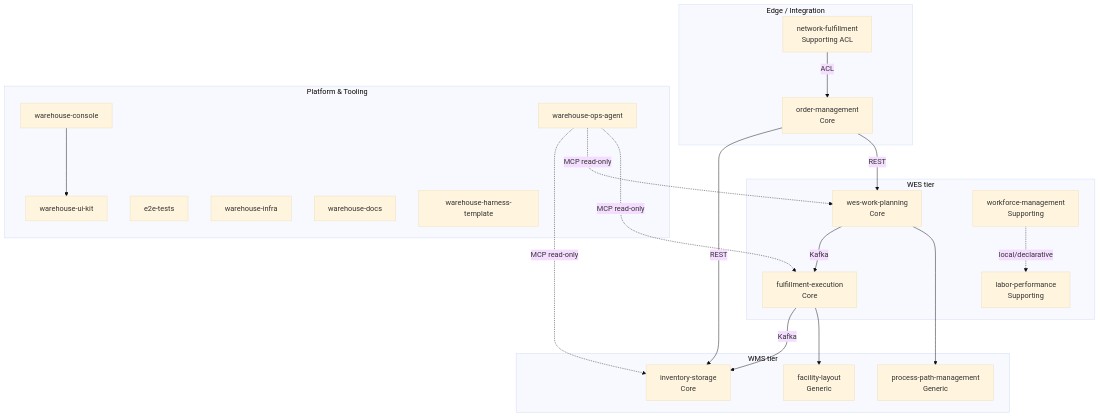
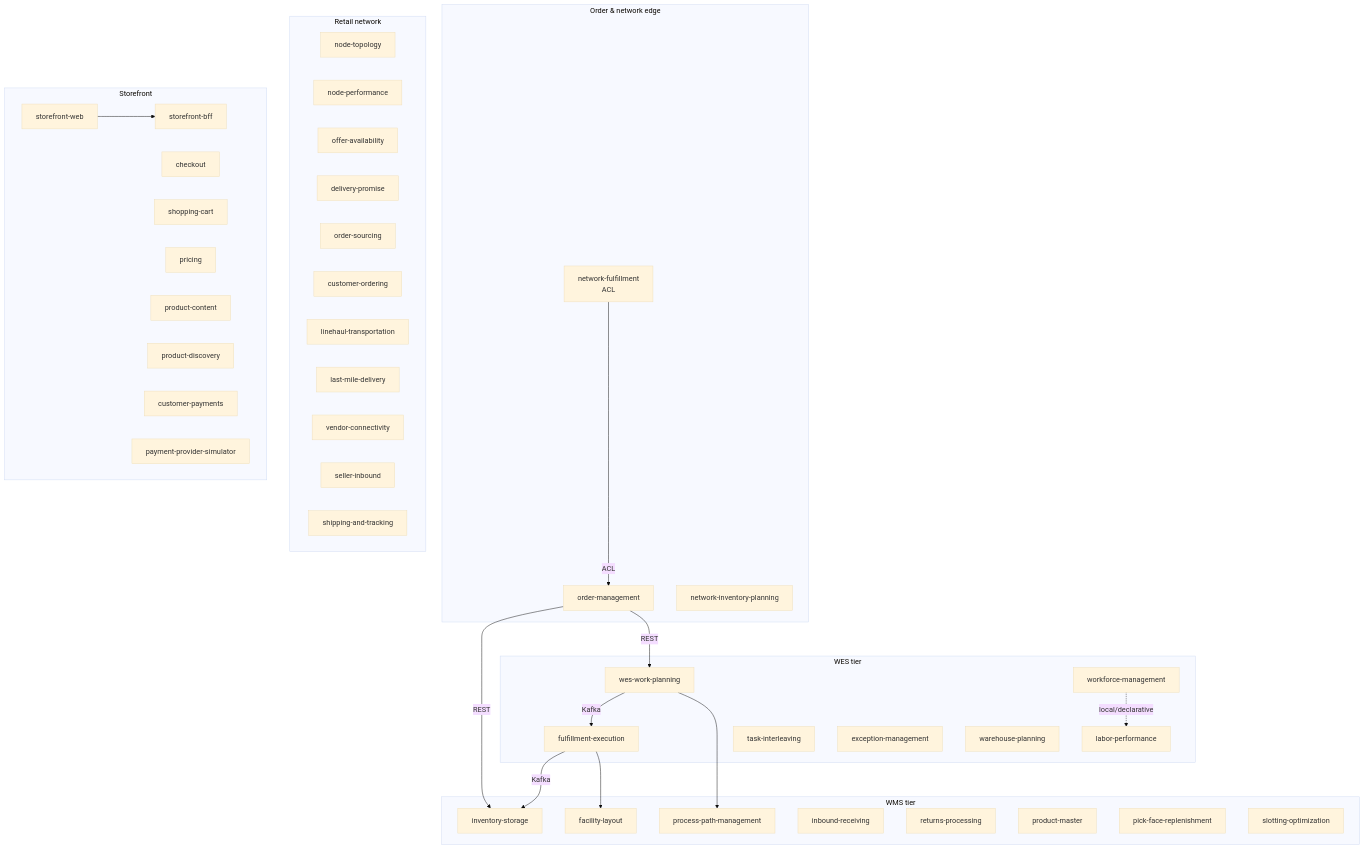
One commit to IQVO/.github changed the diagram in profile/README.md. Above: the diagram before and after it, drawn with Mermaid (base theme). The commit also changed other lines of this file, not shown here.

Commit message:
docs: org profile README for the whole ecosystem (38 contexts, retail network, storefront, k3s)

````diff
--- a/profile/README.md
+++ b/profile/README.md
@@ -28,43 +32,65 @@
 ```mermaid
 flowchart TB
     subgraph WMS["WMS tier"]
-        FL[facility-layout\nGeneric]
-        INV[inventory-storage\nCore]
-        PPM[process-path-management\nGeneric]
+        FL[facility-layout]
+        INV[inventory-storage]
+        PPM[process-path-management]
+        INB[inbound-receiving]
+        RET[returns-processing]
+        PM[product-master]
+        PFR[pick-face-replenishment]
+        SLO[slotting-optimization]
     end
 
     subgraph WES["WES tier"]
-        WWP[wes-work-planning\nCore]
-        FE[fulfillment-execution\nCore]
-        WFM[workforce-management\nSupporting]
-        LP[labor-performance\nSupporting]
+        WWP[wes-work-planning]
+        FE[fulfillment-execution]
+        WFM[workforce-management]
+        LP[labor-performance]
+        TI[task-interleaving]
+        EXC[exception-management]
+        WP[warehouse-planning]
     end
 
-    subgraph EDGE["Edge / Integration"]
-        OM[order-management\nCore]
-        NF[network-fulfillment\nSupporting ACL]
+    subgraph EDGE["Order & network edge"]
+        OM[order-management]
+        NF[network-fulfillment<br/>ACL]
+        NIP[network-inventory-planning]
     end
 
-    subgraph PLATFORM["Platform & Tooling"]
-        CONSOLE[warehouse-console]
-        UIKIT[warehouse-ui-kit]
-        AGENT[warehouse-ops-agent]
-        E2E[e2e-tests]
-        INFRA[warehouse-infra]
-        DOCS[warehouse-docs]
-        TMPL[warehouse-harness-template]
+    subgraph NET["Retail network"]
+        NT[node-topology]
+        NP[node-performance]
+        OA[offer-availability]
+        DP[delivery-promise]
+        OS[order-sourcing]
+        CO[customer-ordering]
+        LH[linehaul-transportation]
+        LM[last-mile-delivery]
+        VC[vendor-connectivity]
+        SI[seller-inbound]
+        ST[shipping-and-tracking]
+    end
+
+    subgraph SF["Storefront"]
+        WEB[storefront-web]
+        BFF[storefront-bff]
+        CHK[checkout]
+        CART[shopping-cart]
+        PRC[pricing]
+        PC[product-content]
+        PD[product-discovery]
+        PAY[customer-payments]
+        PPS[payment-provider-simulator]
     end
 
     OM -->|REST| INV
     OM -->|REST| WWP
     WWP -->|Kafka| FE
     FE -->|Kafka| INV
     FE --> FL
     WWP --> PPM
     WFM -.->|local/declarative| LP
     NF -->|ACL| OM
-    AGENT -.->|MCP read-only| INV
-    AGENT -.->|MCP read-only| WWP
-    AGENT -.->|MCP read-only| FE
-    CONSOLE --> UIKIT
+    WEB --> BFF
 ```
````
